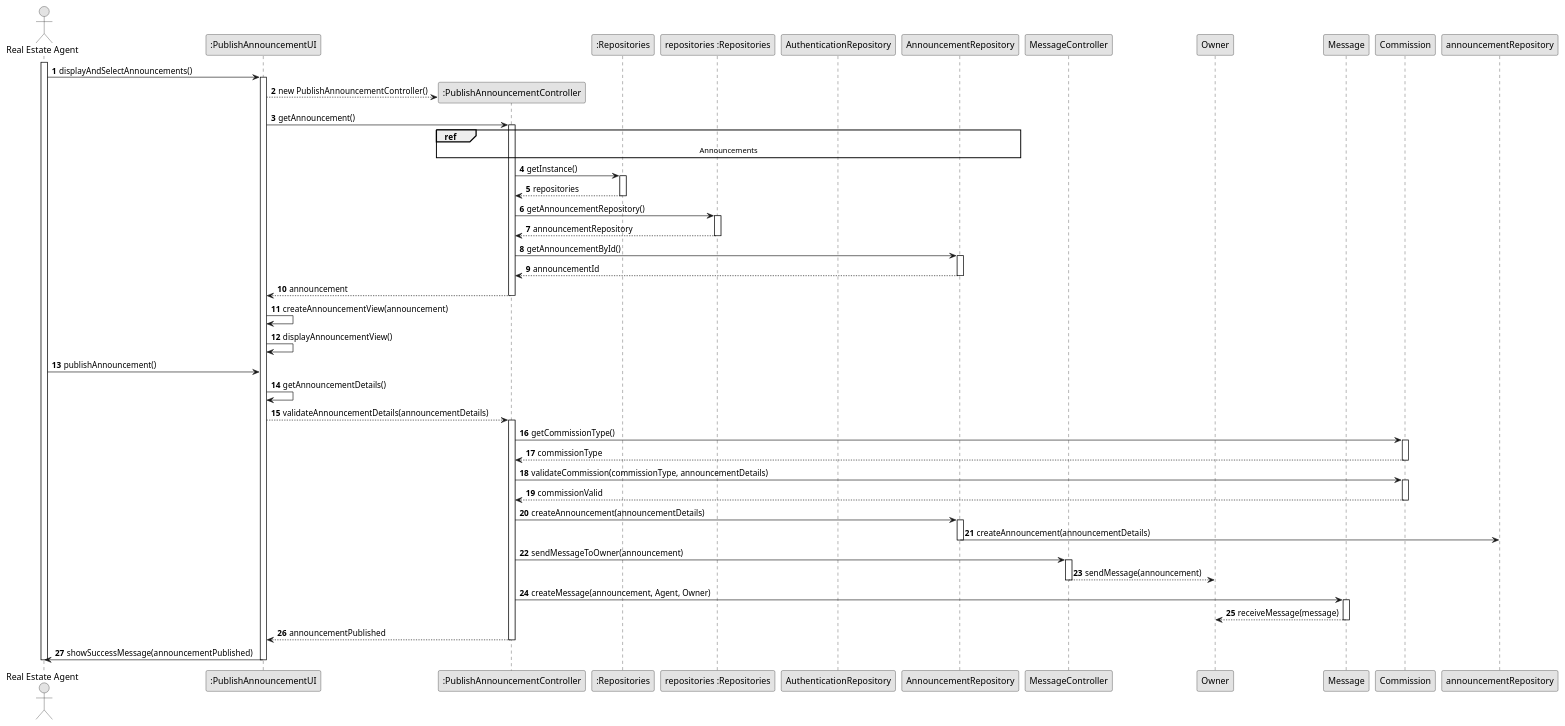
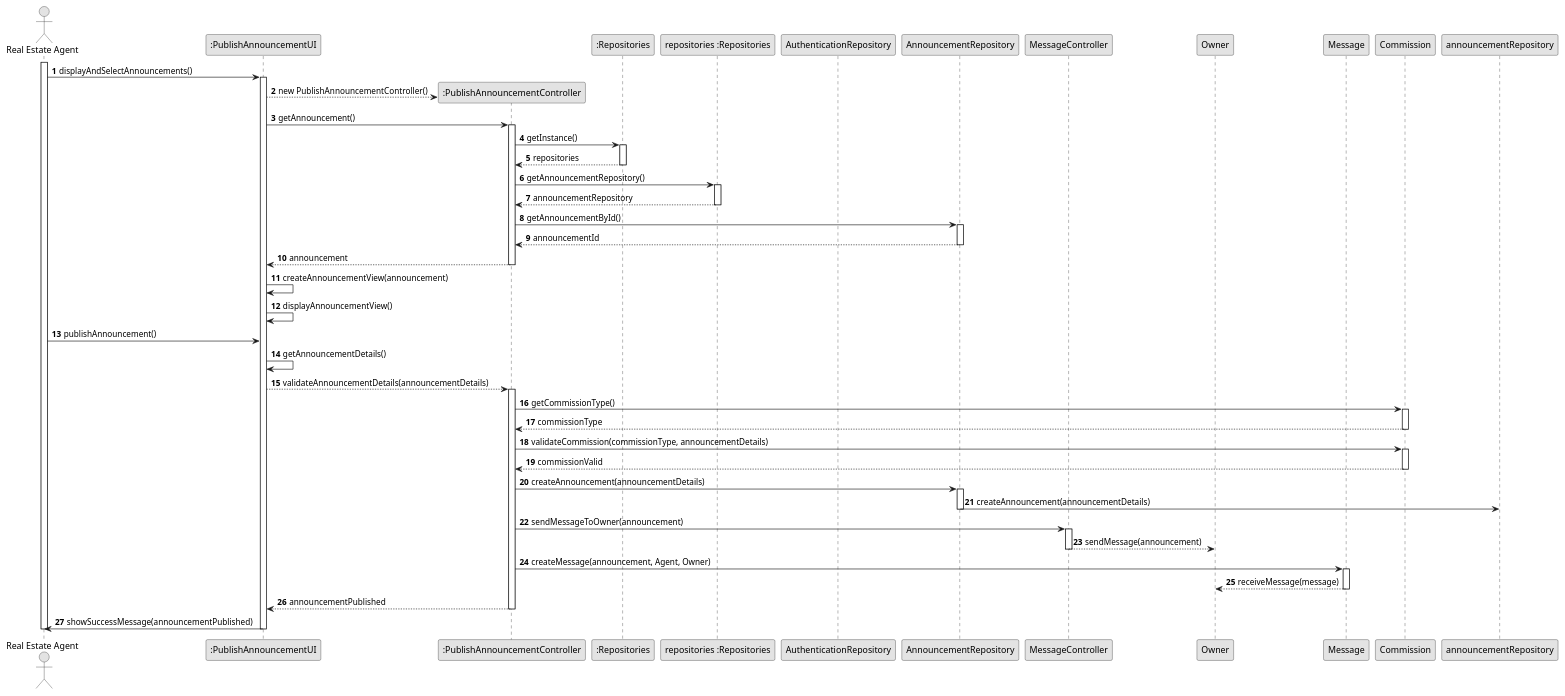
Before and after one commit to Rodrick0209/ISEP-LAPR2-22-23: the diagram in docs/Sprint-D/US002/03.design/puml/us002-sequence-diagram-full.puml, drawn with PlantUML. The commit also changed 21 other files, not shown here.

```diff
--- a/docs/Sprint-D/US002/03.design/puml/us002-sequence-diagram-full.puml
+++ b/docs/Sprint-D/US002/03.design/puml/us002-sequence-diagram-full.puml
@@ -1,83 +1,83 @@
 @startuml
 skinparam monochrome true
 skinparam packageStyle rectangle
 skinparam shadowing false
 
 autonumber
 
 'hide footbox
 actor "Real Estate Agent" as Agent
 participant ":PublishAnnouncementUI" as UI
 participant ":PublishAnnouncementController" as CTRL
 participant ":Repositories" as Repositories
 participant "repositories :Repositories" as RPS
 participant "AuthenticationRepository" as AuthenticationRepository
 participant "AnnouncementRepository" as AnnouncementRepository
 participant "MessageController" as MessageController
 participant "Owner" as Owner
 participant "Message" as Message
 participant "Commission" as Commission
 
 activate Agent
 
 
 Agent -> UI : displayAndSelectAnnouncements()
 activate UI
 
 UI --> CTRL** : new PublishAnnouncementController()
 UI -> CTRL : getAnnouncement()
 activate CTRL
 
-    ref over CTRL, AnnouncementRepository : Announcements
+
 
     CTRL -> Repositories : getInstance()
     activate Repositories
     Repositories --> CTRL : repositories
     deactivate Repositories
 
     CTRL -> RPS : getAnnouncementRepository()
     activate RPS
     RPS --> CTRL : announcementRepository
     deactivate RPS
     CTRL -> AnnouncementRepository : getAnnouncementById()
 
     activate AnnouncementRepository
     AnnouncementRepository --> CTRL : announcementId
     deactivate AnnouncementRepository
     CTRL --> UI : announcement
     deactivate CTRL
     UI -> UI : createAnnouncementView(announcement)
     UI -> UI : displayAnnouncementView()
 
     Agent -> UI : publishAnnouncement()
 
     UI -> UI : getAnnouncementDetails()
     UI --> CTRL : validateAnnouncementDetails(announcementDetails)
     activate CTRL
     CTRL -> Commission : getCommissionType()
     activate Commission
     Commission --> CTRL : commissionType
     deactivate Commission
     CTRL -> Commission : validateCommission(commissionType, announcementDetails)
     activate Commission
     Commission --> CTRL : commissionValid
     deactivate Commission
     CTRL -> AnnouncementRepository : createAnnouncement(announcementDetails)
     activate AnnouncementRepository
     AnnouncementRepository -> announcementRepository : createAnnouncement(announcementDetails)
     deactivate AnnouncementRepository
     CTRL -> MessageController : sendMessageToOwner(announcement)
     activate MessageController
     MessageController --> Owner : sendMessage(announcement)
     deactivate MessageController
     CTRL -> Message : createMessage(announcement, Agent, Owner)
     activate Message
     Message --> Owner : receiveMessage(message)
     deactivate Message
     CTRL --> UI : announcementPublished
     deactivate CTRL
     UI -> Agent : showSuccessMessage(announcementPublished)
 
 deactivate UI
 deactivate Agent
 @enduml
```
